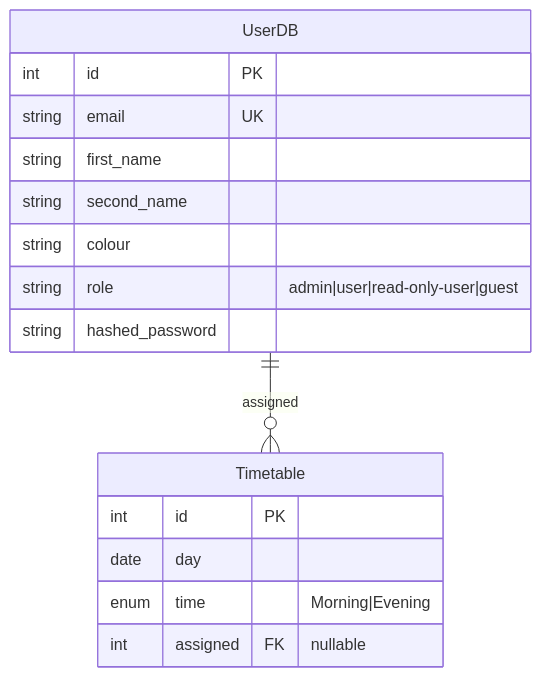
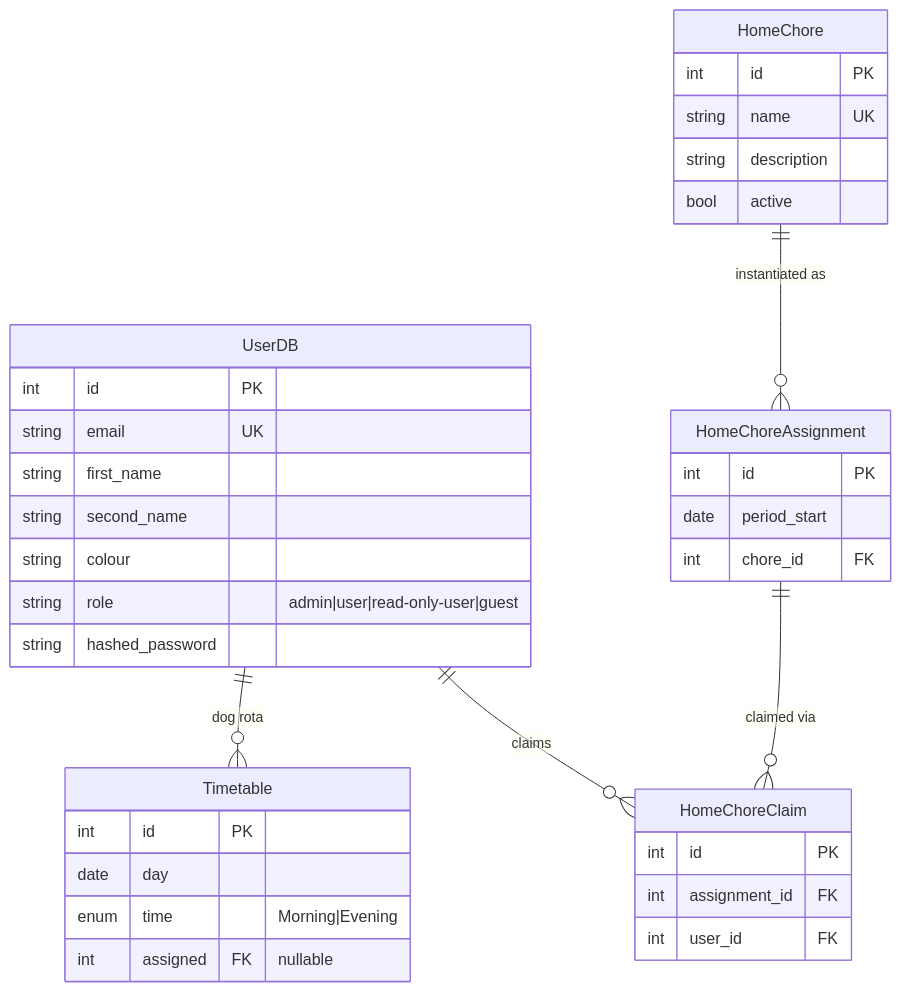
The second of 2 diagrams in README.md (deej-tsn/chores), drawn with Mermaid before and after one commit. The commit also changed other lines of this file and 6 other files, not shown here.

````diff
--- a/README.md
+++ b/README.md
@@ -140,19 +144,38 @@
 ```mermaid
 erDiagram
-    UserDB ||--o{ Timetable : "assigned"
+    UserDB ||--o{ Timetable : "dog rota"
+    UserDB ||--o{ HomeChoreClaim : claims
+    HomeChore ||--o{ HomeChoreAssignment : "instantiated as"
+    HomeChoreAssignment ||--o{ HomeChoreClaim : "claimed via"
     UserDB {
         int id PK
         string email UK
         string first_name
         string second_name
         string colour
         string role "admin|user|read-only-user|guest"
         string hashed_password
     }
     Timetable {
         int id PK
         date day
         enum time "Morning|Evening"
         int assigned FK "nullable"
     }
+    HomeChore {
+        int id PK
+        string name UK
+        string description
+        bool active
+    }
+    HomeChoreAssignment {
+        int id PK
+        date period_start
+        int chore_id FK
+    }
+    HomeChoreClaim {
+        int id PK
+        int assignment_id FK
+        int user_id FK
+    }
 ```
````
